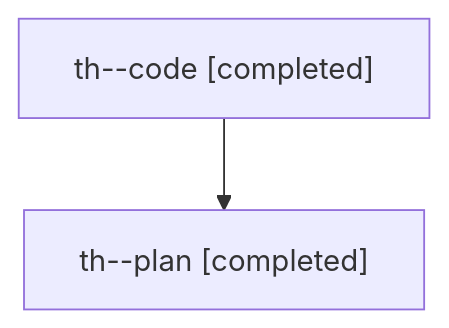
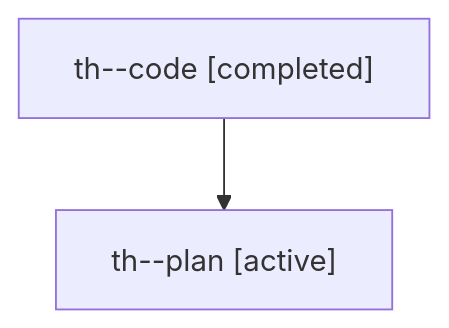
One commit to sase-org/sase--agents changed the diagram in families/bbugyi200.athena.th.md. Above: the diagram before and after it, drawn with Mermaid. The commit also changed other lines of this file and 4556 other files, not shown here.

````diff
--- a/families/bbugyi200.athena.th.md
+++ b/families/bbugyi200.athena.th.md
@@ -9,6 +9,6 @@
 ```mermaid
 flowchart TD
   n0["th--code [completed]"]
-  n1["th--plan [completed]"]
+  n1["th--plan [active]"]
   n0 --> n1
 ```
````
